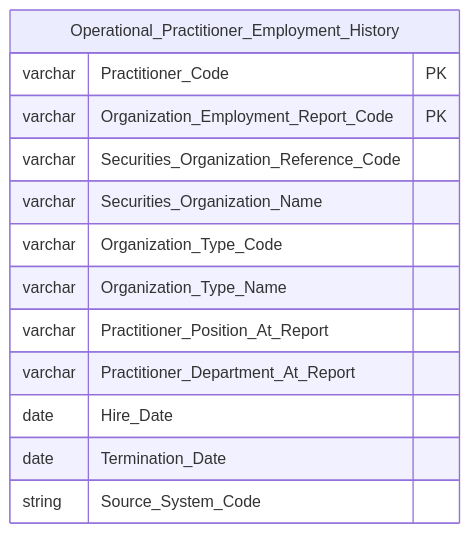
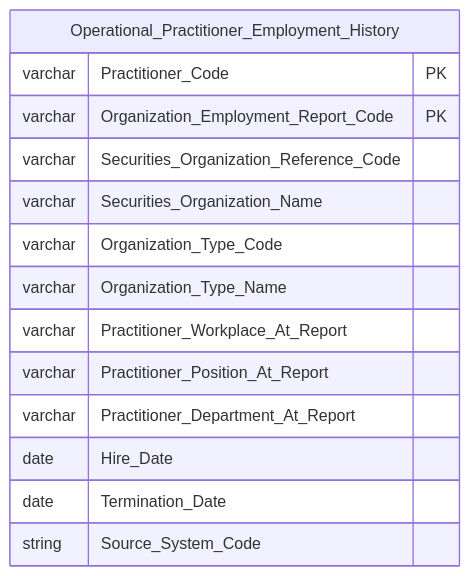
Before and after one commit to linhlvit/ubck_atomic_design: diagram 28 of 39 in Datamart/hld/DTM_NHNCK_HLD.md, drawn with Mermaid. The commit also changed other lines of this file and 13 other files, not shown here.

````diff
--- a/Datamart/hld/DTM_NHNCK_HLD.md
+++ b/Datamart/hld/DTM_NHNCK_HLD.md
@@ -1252,17 +1265,18 @@
 ```mermaid
 erDiagram
     Operational_Practitioner_Employment_History {
         varchar Practitioner_Code PK
         varchar Organization_Employment_Report_Code PK
         varchar Securities_Organization_Reference_Code
         varchar Securities_Organization_Name
         varchar Organization_Type_Code
         varchar Organization_Type_Name
+        varchar Practitioner_Workplace_At_Report
         varchar Practitioner_Position_At_Report
         varchar Practitioner_Department_At_Report
         date Hire_Date
         date Termination_Date
         string Source_System_Code
 
     }
 ```
````
